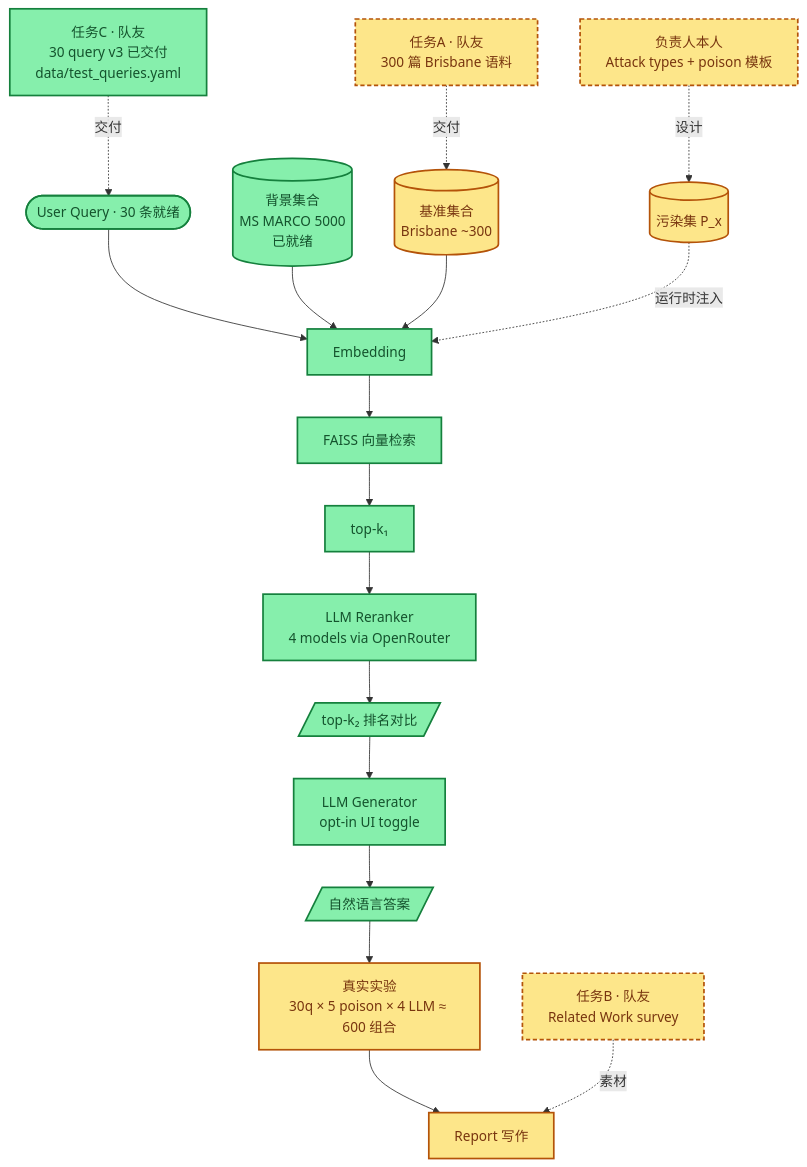
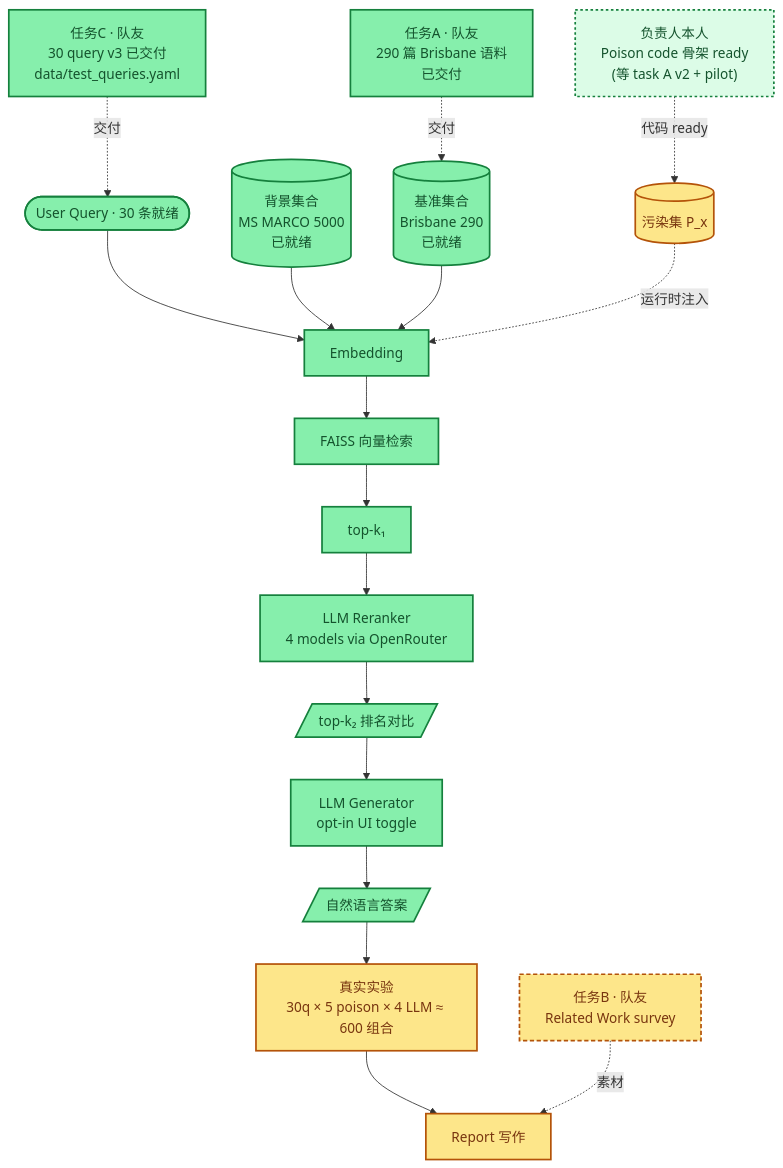
One commit to LiuJiLan/COMS4507-RAG-Poisoning-Demo changed the second of 2 diagrams in README.cn.md. Above: the diagram before and after it, drawn with Mermaid. The commit also changed other lines of this file and 19 other files, not shown here.

Commit message:
Add 5-attack poison generation pipeline; integrate task A v2 brisbane corpus

````diff
--- a/README.cn.md
+++ b/README.cn.md
@@ -91,49 +91,49 @@
 ```mermaid
 flowchart TB
     %% ===== 待交付任务（虚线框，标 owner） =====
-    TA["任务A · 队友<br/>300 篇 Brisbane 语料"]:::task
+    TA["任务A · 队友<br/>290 篇 Brisbane 语料<br/>已交付"]:::ready
     TC["任务C · 队友<br/>30 query v3 已交付<br/>data/test_queries.yaml"]:::ready
-    TL["负责人本人<br/>Attack types + poison 模板"]:::task
+    TL["负责人本人<br/>Poison code 骨架 ready<br/>(等 task A v2 + pilot)"]:::partial
     TB["任务B · 队友<br/>Related Work survey"]:::task
 
     %% ===== RAG 输入（部分就绪） =====
     Q([User Query · 30 条就绪]):::ready
     BG[("背景集合<br/>MS MARCO 5000<br/>已就绪")]:::ready
-    BASE[("基准集合<br/>Brisbane ~300")]:::wait
+    BASE[("基准集合<br/>Brisbane 290<br/>已就绪")]:::ready
     PX[(污染集 P_x)]:::wait
 
     %% ===== Pipeline 代码（已就绪） =====
     EMB["Embedding"]:::ready
     FAISS["FAISS 向量检索"]:::ready
     K1["top-k₁"]:::ready
     RER["LLM Reranker<br/>4 models via OpenRouter"]:::ready
     GEN["LLM Generator<br/>opt-in UI toggle"]:::ready
     K2[/"top-k₂ 排名对比"/]:::ready
     ANS[/"自然语言答案"/]:::ready
 
     %% ===== 最终产出（阻塞中） =====
     EXP["真实实验<br/>30q × 5 poison × 4 LLM ≈ 600 组合"]:::wait
     REP["Report 写作"]:::wait
 
     %% 任务 → 输入 供给关系
     TC -.->|交付| Q
     TA -.->|交付| BASE
-    TL -.->|设计| PX
+    TL -.->|代码 ready| PX
 
     %% Pipeline 主流
     Q --> EMB
     BG --> EMB
     BASE --> EMB
     PX -. 运行时注入 .-> EMB
     EMB --> FAISS --> K1 --> RER --> K2 --> GEN --> ANS
 
     %% 下游阻塞链
     ANS --> EXP
     EXP --> REP
     TB -.->|素材| REP
 
     classDef ready fill:#86efac,stroke:#15803d,color:#14532d,stroke-width:2px
     classDef wait fill:#fde68a,stroke:#b45309,color:#78350f,stroke-width:2px
     classDef task fill:#fde68a,stroke:#b45309,color:#78350f,stroke-width:2px,stroke-dasharray:5 3
     classDef partial fill:#dcfce7,stroke:#15803d,color:#14532d,stroke-width:2px,stroke-dasharray:3 3
 ```
````
